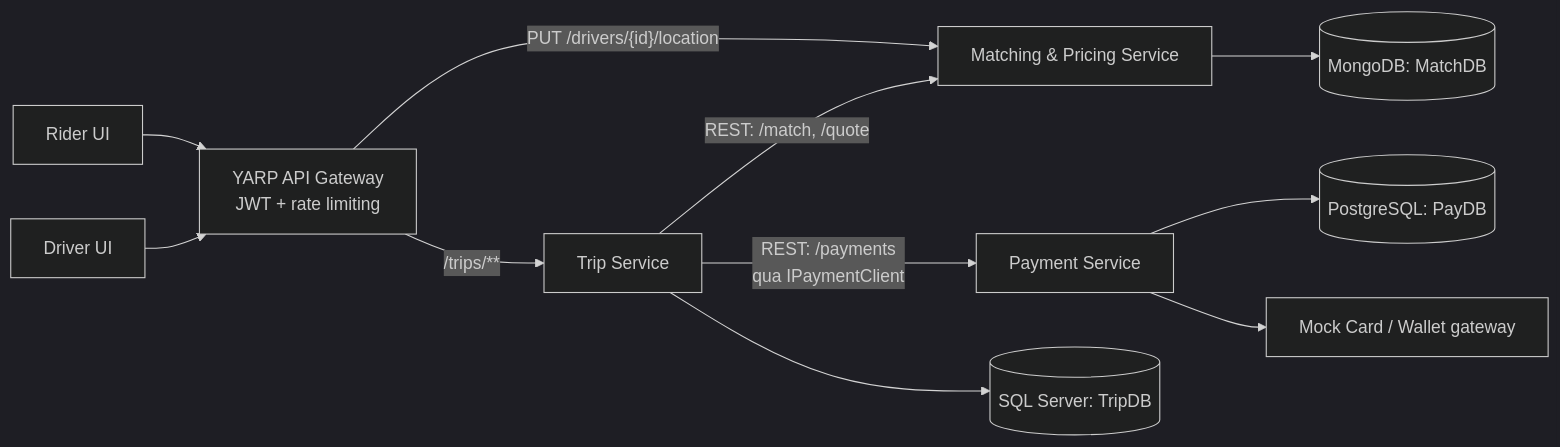
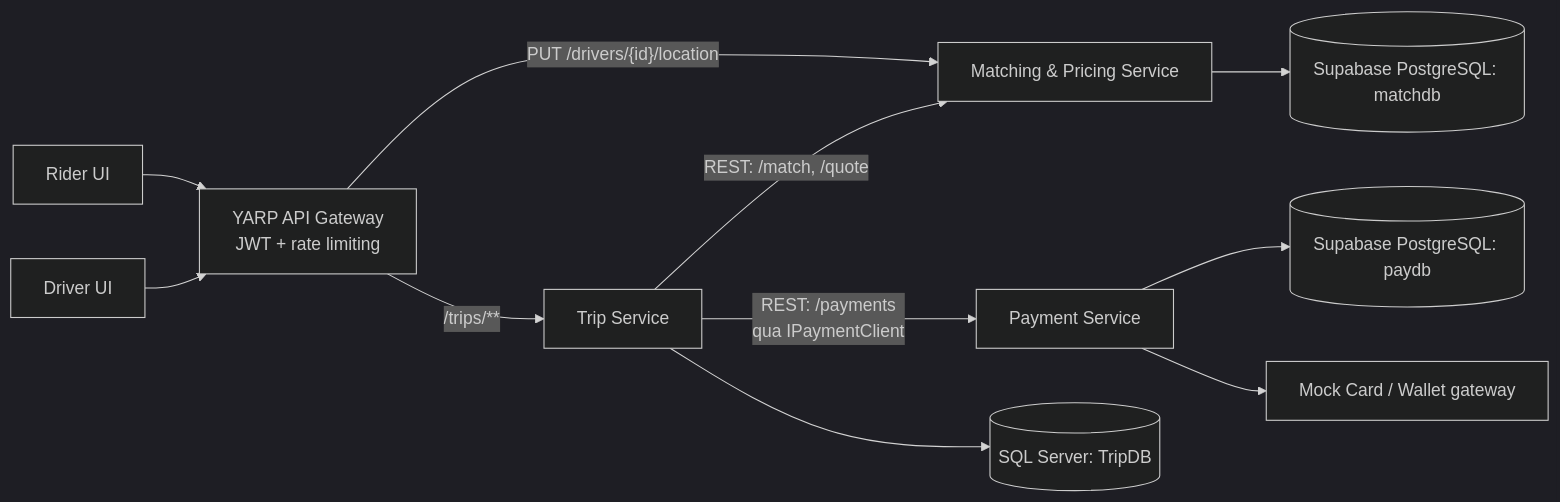
Before and after one commit to HoL0ngg/SwiftRide: the first of 5 diagrams in docs/architecture.md, drawn with Mermaid (dark theme). The commit also changed other lines of this file and 61 other files, not shown here.

Commit message:
feat: add Matching and Pricing with Supabase and address search

````diff
--- a/docs/architecture.md
+++ b/docs/architecture.md
@@ -120,13 +122,13 @@
 ```mermaid
 flowchart LR
     Rider["Rider UI"] --> Gateway["YARP API Gateway\nJWT + rate limiting"]
     Driver["Driver UI"] --> Gateway
     Gateway -->|"/trips/**"| Trip["Trip Service"]
     Gateway -->|"PUT /drivers/{id}/location"| Matching["Matching & Pricing Service"]
     Trip -->|"REST: /match, /quote"| Matching
     Trip -->|"REST: /payments\nqua IPaymentClient"| Payment["Payment Service"]
     Trip --> TripDB[("SQL Server: TripDB")]
-    Matching --> MatchDB[("MongoDB: MatchDB")]
-    Payment --> PayDB[("PostgreSQL: PayDB")]
+    Matching --> MatchDB[("Supabase PostgreSQL: matchdb")]
+    Payment --> PayDB[("Supabase PostgreSQL: paydb")]
     Payment --> Mock["Mock Card / Wallet gateway"]
 ```
````
